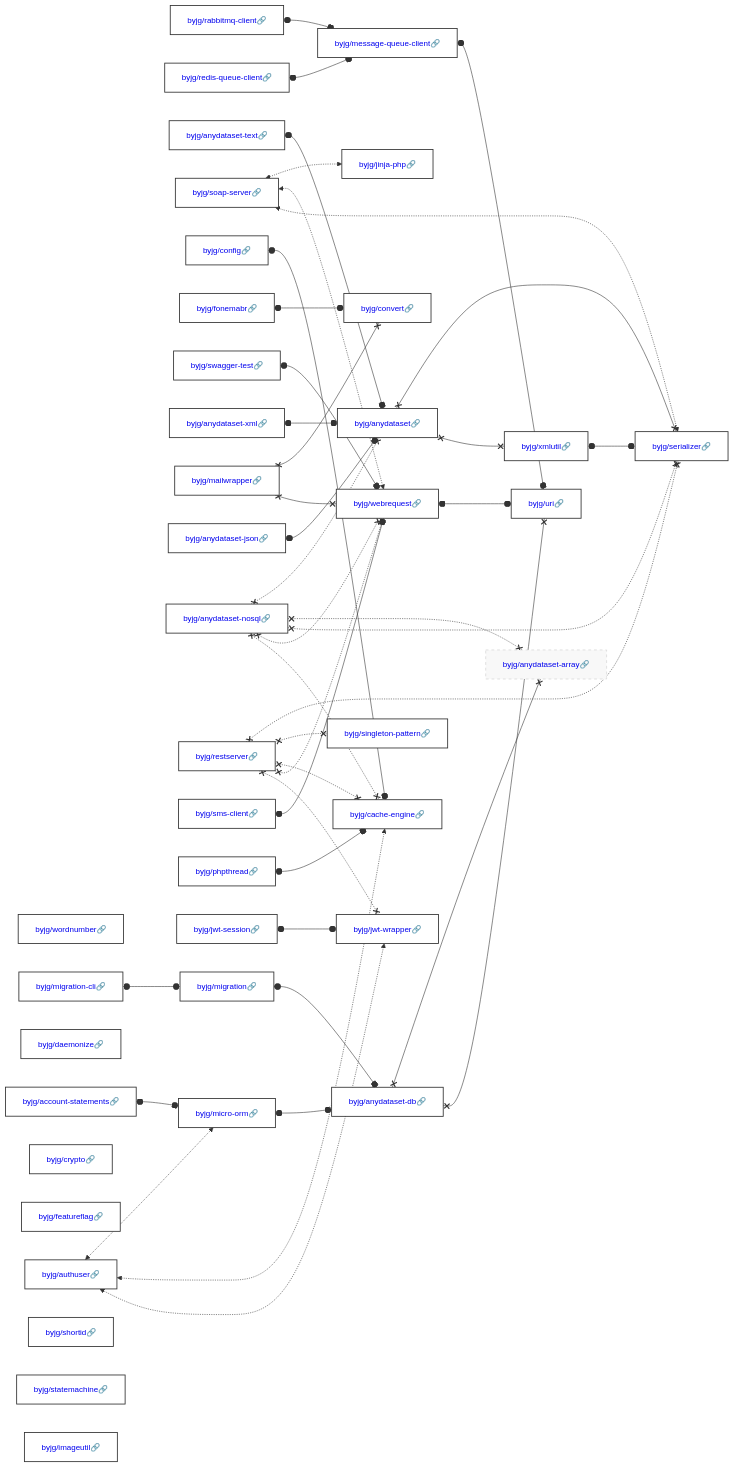
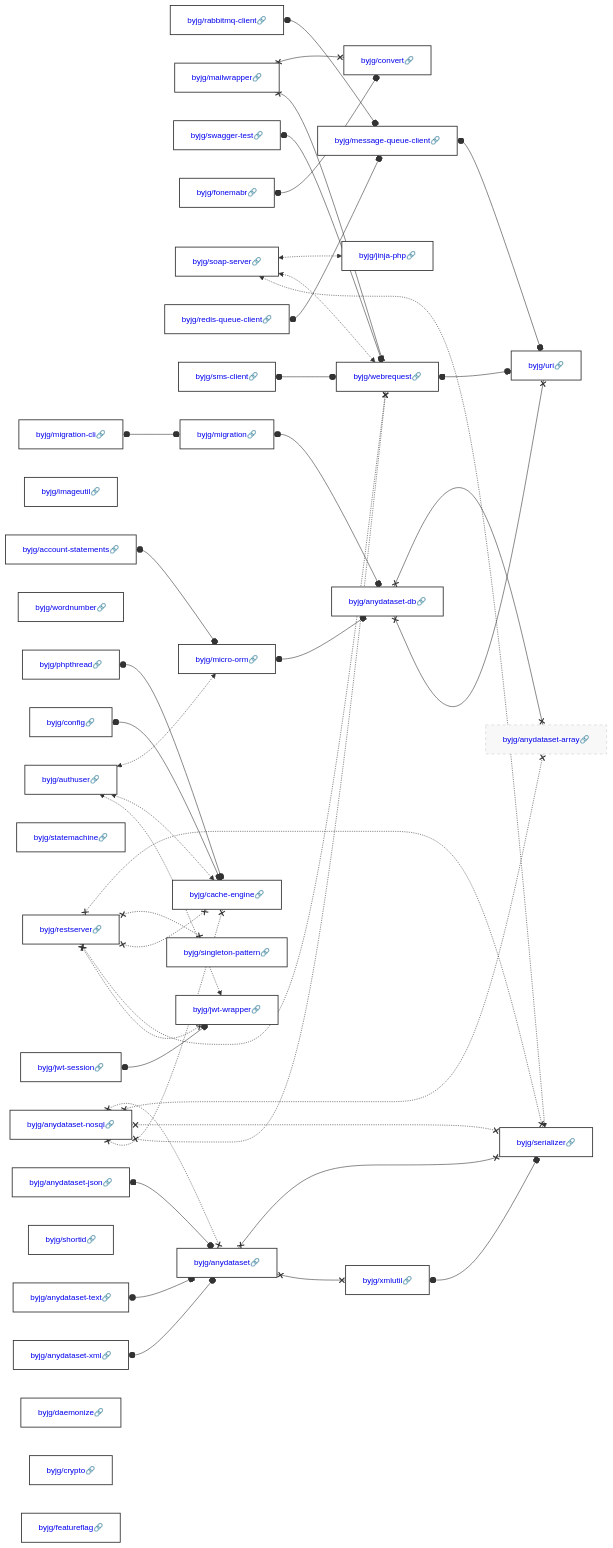
Before and after one commit to byjg/byjg.github.io: the diagram in docs/php/README.md, drawn with Mermaid. The commit also changed other lines of this file and 6 other files, not shown here.

Commit message:
Update documentation 'php' 'php-convert'

````diff
--- a/docs/php/README.md
+++ b/docs/php/README.md
@@ -3,45 +3,45 @@
 ```mermaid
 graph LR;
+  byjg/jwt-session[<a href='https://opensource.byjg.com/docs/php/jwt-session' style='text-decoration:none'>byjg/jwt-session🔗</a>];
   byjg/rabbitmq-client[<a href='https://opensource.byjg.com/docs/php/rabbitmq-client' style='text-decoration:none'>byjg/rabbitmq-client🔗</a>];
-  byjg/wordnumber[<a href='https://opensource.byjg.com/docs/php/wordnumber' style='text-decoration:none'>byjg/wordnumber🔗</a>];
-  byjg/redis-queue-client[<a href='https://opensource.byjg.com/docs/php/redis-queue-client' style='text-decoration:none'>byjg/redis-queue-client🔗</a>];
-  byjg/anydataset-text[<a href='https://opensource.byjg.com/docs/php/anydataset-text' style='text-decoration:none'>byjg/anydataset-text🔗</a>];
-  byjg/authuser[<a href='https://opensource.byjg.com/docs/php/authuser' style='text-decoration:none'>byjg/authuser🔗</a>];
-  byjg/soap-server[<a href='https://opensource.byjg.com/docs/php/soap-server' style='text-decoration:none'>byjg/soap-server🔗</a>];
-  byjg/config[<a href='https://opensource.byjg.com/docs/php/config' style='text-decoration:none'>byjg/config🔗</a>];
-  byjg/daemonize[<a href='https://opensource.byjg.com/docs/php/daemonize' style='text-decoration:none'>byjg/daemonize🔗</a>];
-  byjg/fonemabr[<a href='https://opensource.byjg.com/docs/php/fonemabr' style='text-decoration:none'>byjg/fonemabr🔗</a>];
-  byjg/swagger-test[<a href='https://opensource.byjg.com/docs/php/swagger-test' style='text-decoration:none'>byjg/swagger-test🔗</a>];
-  byjg/anydataset-xml[<a href='https://opensource.byjg.com/docs/php/anydataset-xml' style='text-decoration:none'>byjg/anydataset-xml🔗</a>];
+  byjg/imageutil[<a href='https://opensource.byjg.com/docs/php/imageutil' style='text-decoration:none'>byjg/imageutil🔗</a>];
   byjg/mailwrapper[<a href='https://opensource.byjg.com/docs/php/mailwrapper' style='text-decoration:none'>byjg/mailwrapper🔗</a>];
   byjg/account-statements[<a href='https://opensource.byjg.com/docs/php/account-statements' style='text-decoration:none'>byjg/account-statements🔗</a>];
+  byjg/wordnumber[<a href='https://opensource.byjg.com/docs/php/wordnumber' style='text-decoration:none'>byjg/wordnumber🔗</a>];
+  byjg/anydataset-nosql[<a href='https://opensource.byjg.com/docs/php/anydataset-nosql' style='text-decoration:none'>byjg/anydataset-nosql🔗</a>];
+  byjg/swagger-test[<a href='https://opensource.byjg.com/docs/php/swagger-test' style='text-decoration:none'>byjg/swagger-test🔗</a>];
   byjg/anydataset-json[<a href='https://opensource.byjg.com/docs/php/anydataset-json' style='text-decoration:none'>byjg/anydataset-json🔗</a>];
-  byjg/anydataset-nosql[<a href='https://opensource.byjg.com/docs/php/anydataset-nosql' style='text-decoration:none'>byjg/anydataset-nosql🔗</a>];
+  byjg/fonemabr[<a href='https://opensource.byjg.com/docs/php/fonemabr' style='text-decoration:none'>byjg/fonemabr🔗</a>];
+  byjg/anydataset-text[<a href='https://opensource.byjg.com/docs/php/anydataset-text' style='text-decoration:none'>byjg/anydataset-text🔗</a>];
+  byjg/soap-server[<a href='https://opensource.byjg.com/docs/php/soap-server' style='text-decoration:none'>byjg/soap-server🔗</a>];
+  byjg/statemachine[<a href='https://opensource.byjg.com/docs/php/statemachine' style='text-decoration:none'>byjg/statemachine🔗</a>];
+  byjg/authuser[<a href='https://opensource.byjg.com/docs/php/authuser' style='text-decoration:none'>byjg/authuser🔗</a>];
+  byjg/config[<a href='https://opensource.byjg.com/docs/php/config' style='text-decoration:none'>byjg/config🔗</a>];
+  byjg/migration-cli[<a href='https://opensource.byjg.com/docs/php/migration-cli' style='text-decoration:none'>byjg/migration-cli🔗</a>];
+  byjg/anydataset-xml[<a href='https://opensource.byjg.com/docs/php/anydataset-xml' style='text-decoration:none'>byjg/anydataset-xml🔗</a>];
+  byjg/shortid[<a href='https://opensource.byjg.com/docs/php/shortid' style='text-decoration:none'>byjg/shortid🔗</a>];
+  byjg/phpthread[<a href='https://opensource.byjg.com/docs/php/phpthread' style='text-decoration:none'>byjg/phpthread🔗</a>];
+  byjg/redis-queue-client[<a href='https://opensource.byjg.com/docs/php/redis-queue-client' style='text-decoration:none'>byjg/redis-queue-client🔗</a>];
+  byjg/restserver[<a href='https://opensource.byjg.com/docs/php/restserver' style='text-decoration:none'>byjg/restserver🔗</a>];
+  byjg/sms-client[<a href='https://opensource.byjg.com/docs/php/sms-client' style='text-decoration:none'>byjg/sms-client🔗</a>];
+  byjg/daemonize[<a href='https://opensource.byjg.com/docs/php/daemonize' style='text-decoration:none'>byjg/daemonize🔗</a>];
   byjg/crypto[<a href='https://opensource.byjg.com/docs/php/crypto' style='text-decoration:none'>byjg/crypto🔗</a>];
   byjg/featureflag[<a href='https://opensource.byjg.com/docs/php/featureflag' style='text-decoration:none'>byjg/featureflag🔗</a>];
-  byjg/restserver[<a href='https://opensource.byjg.com/docs/php/restserver' style='text-decoration:none'>byjg/restserver🔗</a>];
-  byjg/migration-cli[<a href='https://opensource.byjg.com/docs/php/migration-cli' style='text-decoration:none'>byjg/migration-cli🔗</a>];
-  byjg/shortid[<a href='https://opensource.byjg.com/docs/php/shortid' style='text-decoration:none'>byjg/shortid🔗</a>];
-  byjg/sms-client[<a href='https://opensource.byjg.com/docs/php/sms-client' style='text-decoration:none'>byjg/sms-client🔗</a>];
-  byjg/statemachine[<a href='https://opensource.byjg.com/docs/php/statemachine' style='text-decoration:none'>byjg/statemachine🔗</a>];
-  byjg/phpthread[<a href='https://opensource.byjg.com/docs/php/phpthread' style='text-decoration:none'>byjg/phpthread🔗</a>];
-  byjg/jwt-session[<a href='https://opensource.byjg.com/docs/php/jwt-session' style='text-decoration:none'>byjg/jwt-session🔗</a>];
-  byjg/imageutil[<a href='https://opensource.byjg.com/docs/php/imageutil' style='text-decoration:none'>byjg/imageutil🔗</a>];
+  byjg/convert[<a href='https://opensource.byjg.com/docs/php/convert' style='text-decoration:none'>byjg/convert🔗</a>];
+  byjg/jinja-php[<a href='https://opensource.byjg.com/docs/php/jinja-php' style='text-decoration:none'>byjg/jinja-php🔗</a>];
+  byjg/micro-orm[<a href='https://opensource.byjg.com/docs/php/micro-orm' style='text-decoration:none'>byjg/micro-orm🔗</a>];
+  byjg/migration[<a href='https://opensource.byjg.com/docs/php/migration' style='text-decoration:none'>byjg/migration🔗</a>];
+  byjg/anydataset[<a href='https://opensource.byjg.com/docs/php/anydataset' style='text-decoration:none'>byjg/anydataset🔗</a>];
   byjg/message-queue-client[<a href='https://opensource.byjg.com/docs/php/message-queue-client' style='text-decoration:none'>byjg/message-queue-client🔗</a>];
-  byjg/jinja-php[<a href='https://opensource.byjg.com/docs/php/jinja-php' style='text-decoration:none'>byjg/jinja-php🔗</a>];
-  byjg/convert[<a href='https://opensource.byjg.com/docs/php/convert' style='text-decoration:none'>byjg/convert🔗</a>];
-  byjg/micro-orm[<a href='https://opensource.byjg.com/docs/php/micro-orm' style='text-decoration:none'>byjg/micro-orm🔗</a>];
-  byjg/anydataset[<a href='https://opensource.byjg.com/docs/php/anydataset' style='text-decoration:none'>byjg/anydataset🔗</a>];
   byjg/singleton-pattern[<a href='https://opensource.byjg.com/docs/php/singleton-pattern' style='text-decoration:none'>byjg/singleton-pattern🔗</a>];
-  byjg/migration[<a href='https://opensource.byjg.com/docs/php/migration' style='text-decoration:none'>byjg/migration🔗</a>];
-  byjg/webrequest[<a href='https://opensource.byjg.com/docs/php/webrequest' style='text-decoration:none'>byjg/webrequest🔗</a>];
   byjg/cache-engine[<a href='https://opensource.byjg.com/docs/php/cache-engine' style='text-decoration:none'>byjg/cache-engine🔗</a>];
   byjg/jwt-wrapper[<a href='https://opensource.byjg.com/docs/php/jwt-wrapper' style='text-decoration:none'>byjg/jwt-wrapper🔗</a>];
+  byjg/webrequest[<a href='https://opensource.byjg.com/docs/php/webrequest' style='text-decoration:none'>byjg/webrequest🔗</a>];
+  byjg/anydataset-db[<a href='https://opensource.byjg.com/docs/php/anydataset-db' style='text-decoration:none'>byjg/anydataset-db🔗</a>];
   byjg/xmlutil[<a href='https://opensource.byjg.com/docs/php/xmlutil' style='text-decoration:none'>byjg/xmlutil🔗</a>];
-  byjg/anydataset-db[<a href='https://opensource.byjg.com/docs/php/anydataset-db' style='text-decoration:none'>byjg/anydataset-db🔗</a>];
-  byjg/serializer[<a href='https://opensource.byjg.com/docs/php/serializer' style='text-decoration:none'>byjg/serializer🔗</a>];
   byjg/anydataset-array[<a href='https://opensource.byjg.com/docs/php/anydataset-array' style='text-decoration:none'>byjg/anydataset-array🔗</a>];
   byjg/uri[<a href='https://opensource.byjg.com/docs/php/uri' style='text-decoration:none'>byjg/uri🔗</a>];
+  byjg/serializer[<a href='https://opensource.byjg.com/docs/php/serializer' style='text-decoration:none'>byjg/serializer🔗</a>];
   byjg/mailwrapper x--x byjg/convert;
   byjg/mailwrapper x--x byjg/webrequest;
   byjg/xmlutil o--o byjg/serializer;
````
